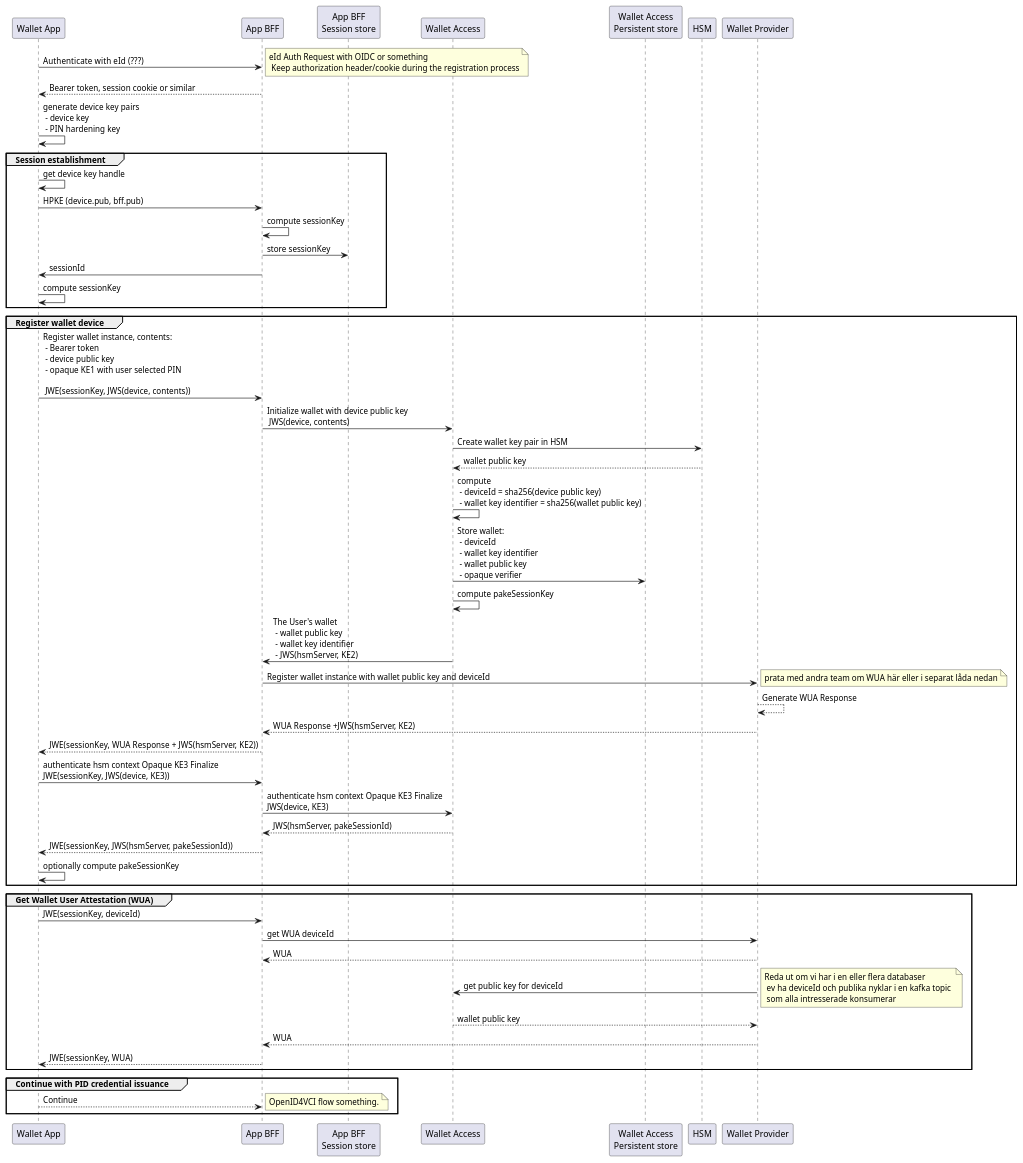
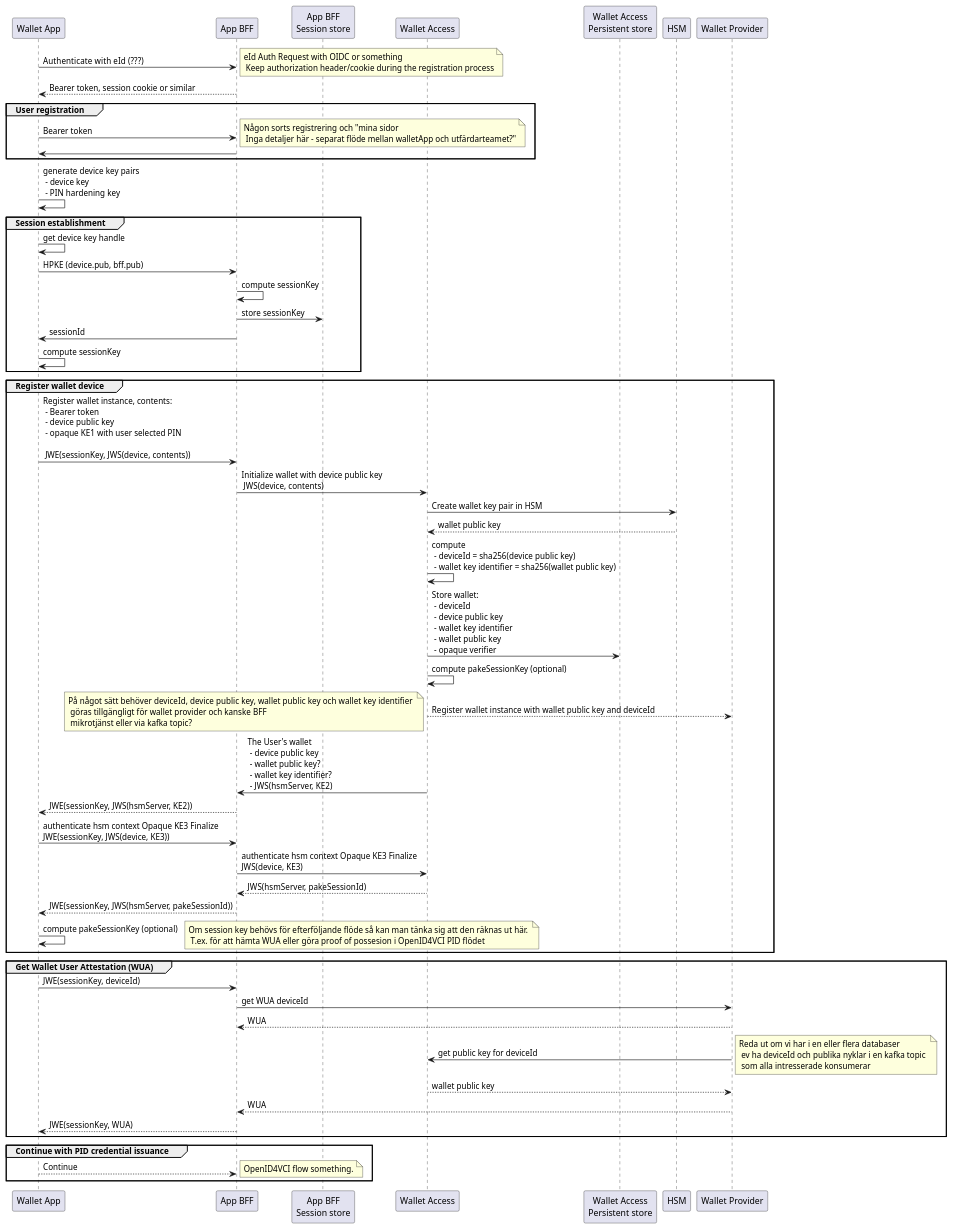
The diagram in registrering.md (rpsops/r2ps-docs), drawn with PlantUML before and after one commit. The commit also changed other lines of this file and 1 other file, not shown here.

Commit message:
chore: wua in separate group and minor changes

````diff
--- a/registrering.md
+++ b/registrering.md
@@ -5,68 +5,75 @@
 ```plantuml
 @startuml
 
 participant "Wallet App" as walletApp
 participant "App BFF" as walletBff
 participant "App BFF\nSession store" as sessionStore
 participant "Wallet Access" as walletAccess
 participant "Wallet Access\nPersistent store" as walletAccessPersistentStore
 participant "HSM" as hsm
 participant "Wallet Provider" as walletProvider
+
+
 walletApp -> walletBff: Authenticate with eId  (???)
 note right: eId Auth Request with OIDC or something \n Keep authorization header/cookie during the registration process
 walletBff --> walletApp: Bearer token, session cookie or similar
 
+group User registration 
+walletApp -> walletBff: Bearer token 
+note right: Någon sorts registrering och "mina sidor \n Inga detaljer här - separat flöde mellan walletApp och utfärdarteamet?" 
+walletBff -> walletApp: 
+end
 
 walletApp -> walletApp: generate device key pairs\n - device key \n - PIN hardening key
 
 group Session establishment
 walletApp -> walletApp: get device key handle
 walletApp -> walletBff: HPKE (device.pub, bff.pub)
 walletBff -> walletBff: compute sessionKey
 walletBff -> sessionStore: store sessionKey
 walletBff -> walletApp: sessionId 
 walletApp -> walletApp: compute sessionKey
 end
 group Register wallet device
 walletApp -> walletBff: Register wallet instance, contents: \n - Bearer token\n - device public key \n - opaque KE1 with user selected PIN\n \n JWE(sessionKey, JWS(device, contents))
 
 walletBff -> walletAccess: Initialize wallet with device public key \n JWS(device, contents)
 walletAccess -> hsm: Create wallet key pair in HSM
 hsm --> walletAccess: wallet public key
 walletAccess -> walletAccess: compute \n - deviceId = sha256(device public key) \n - wallet key identifier = sha256(wallet public key)
-walletAccess -> walletAccessPersistentStore: Store wallet: \n - deviceId \n - wallet key identifier \n - wallet public key \n - opaque verifier  
-walletAccess -> walletAccess: compute pakeSessionKey
+walletAccess -> walletAccessPersistentStore: Store wallet: \n - deviceId \n - device public key \n - wallet key identifier \n - wallet public key \n - opaque verifier  
+walletAccess -> walletAccess: compute pakeSessionKey (optional)
 
-walletAccess -> walletBff: The User's wallet \n - wallet public key \n - wallet key identifier \n - JWS(hsmServer, KE2)
+walletAccess --> walletProvider: Register wallet instance with wallet public key and deviceId 
+note left: På något sätt behöver deviceId, device public key, wallet public key och wallet key identifier \n göras tillgängligt för wallet provider och kanske BFF \n mikrotjänst eller via kafka topic?
 
-walletBff -> walletProvider: Register wallet instance with wallet public key and deviceId 
-note right: prata med andra team om WUA här eller i separat låda nedan
-walletProvider --> walletProvider: Generate WUA Response
-walletProvider --> walletBff: WUA Response +JWS(hsmServer, KE2)
-walletBff --> walletApp: JWE(sessionKey, WUA Response + JWS(hsmServer, KE2))
+walletAccess -> walletBff: The User's wallet \n - device public key \n - wallet public key? \n - wallet key identifier? \n - JWS(hsmServer, KE2)
+
+walletBff --> walletApp: JWE(sessionKey, JWS(hsmServer, KE2))
 
 walletApp -> walletBff: authenticate hsm context Opaque KE3 Finalize\nJWE(sessionKey, JWS(device, KE3))
 walletBff -> walletAccess: authenticate hsm context Opaque KE3 Finalize\nJWS(device, KE3)
 walletAccess --> walletBff: JWS(hsmServer, pakeSessionId)
 walletBff --> walletApp: JWE(sessionKey, JWS(hsmServer, pakeSessionId))
-walletApp -> walletApp: optionally compute pakeSessionKey
+walletApp -> walletApp: compute pakeSessionKey (optional)
+note right: Om session key behövs för efterföljande flöde så kan man tänka sig att den räknas ut här. \n T.ex. för att hämta WUA eller göra proof of possesion i OpenID4VCI PID flödet
 
 end
 
 group Get Wallet User Attestation (WUA)
 walletApp -> walletBff: JWE(sessionKey, deviceId)
 walletBff -> walletProvider: get WUA deviceId
 walletProvider --> walletBff: WUA
 walletProvider -> walletAccess: get public key for deviceId
 note right: Reda ut om vi har i en eller flera databaser \n ev ha deviceId och publika nyklar i en kafka topic \n som alla intresserade konsumerar
 walletAccess --> walletProvider: wallet public key
 walletProvider --> walletBff: WUA 
 walletBff --> walletApp: JWE(sessionKey, WUA)
 end
 
 group Continue with PID credential issuance
 walletApp --> walletBff: Continue
 note right: OpenID4VCI flow something. 
 end
 
 ```
````
